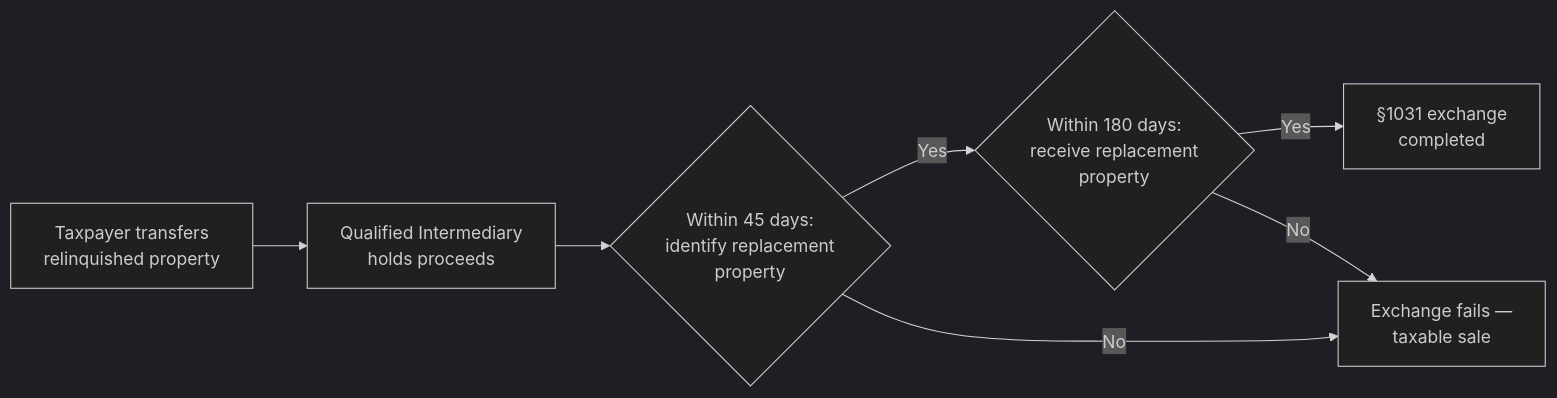
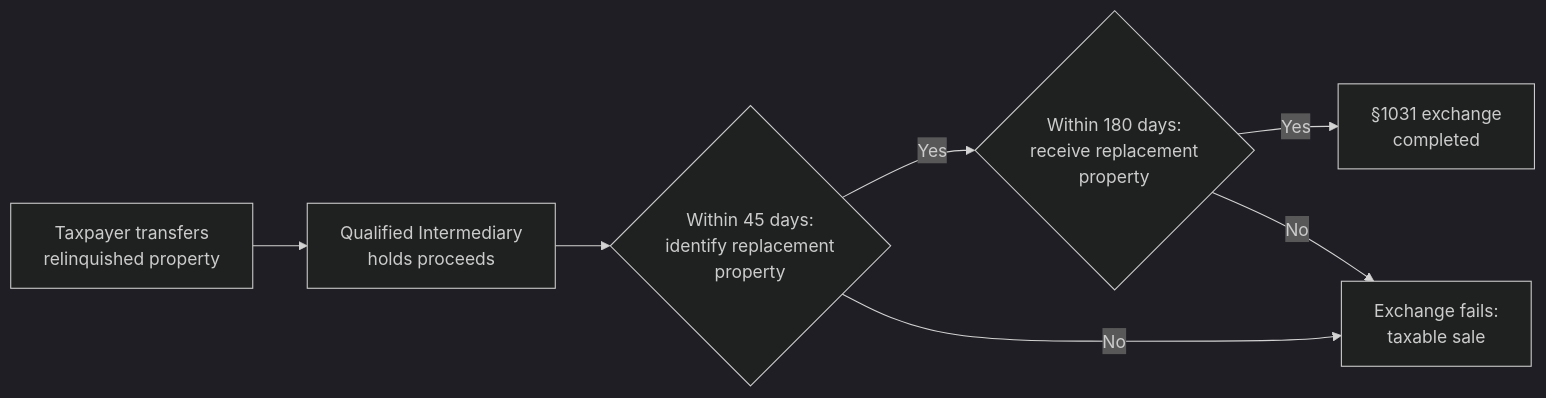
Before and after one commit to subwaymatch/cpabear-book: the first of 2 diagrams in docs/tcp/property-transactions/nontaxable-disposition-of-assets.md, drawn with Mermaid (dark theme). The commit also changed other lines of this file and 222 other files, not shown here.

````diff
--- a/docs/tcp/property-transactions/nontaxable-disposition-of-assets.md
+++ b/docs/tcp/property-transactions/nontaxable-disposition-of-assets.md
@@ -202,9 +202,9 @@
 ```mermaid
 flowchart LR
     A["Taxpayer transfers<br/>relinquished property"] --> B["Qualified Intermediary<br/>holds proceeds"]
     B --> C{"Within 45 days:<br/>identify replacement<br/>property"}
     C -->|Yes| D{"Within 180 days:<br/>receive replacement<br/>property"}
     D -->|Yes| E["§1031 exchange<br/>completed"]
-    D -->|No| F["Exchange fails —<br/>taxable sale"]
+    D -->|No| F["Exchange fails:<br/>taxable sale"]
     C -->|No| F
 ```
````
